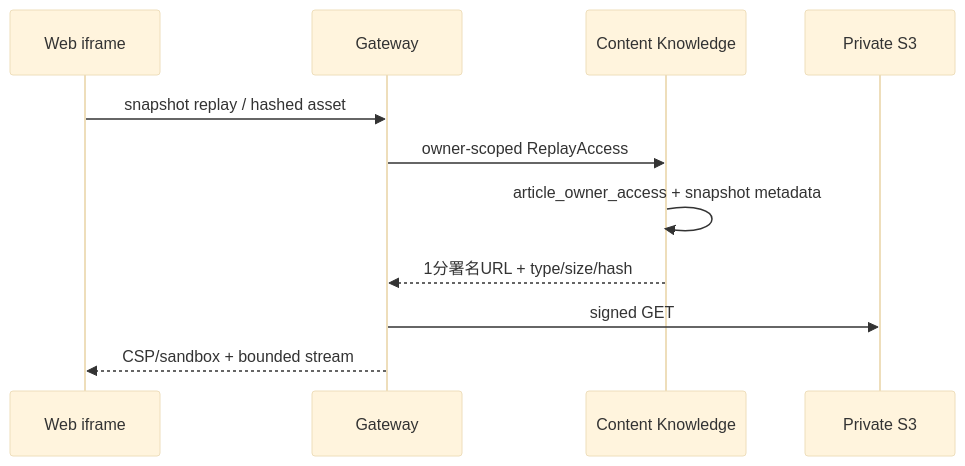
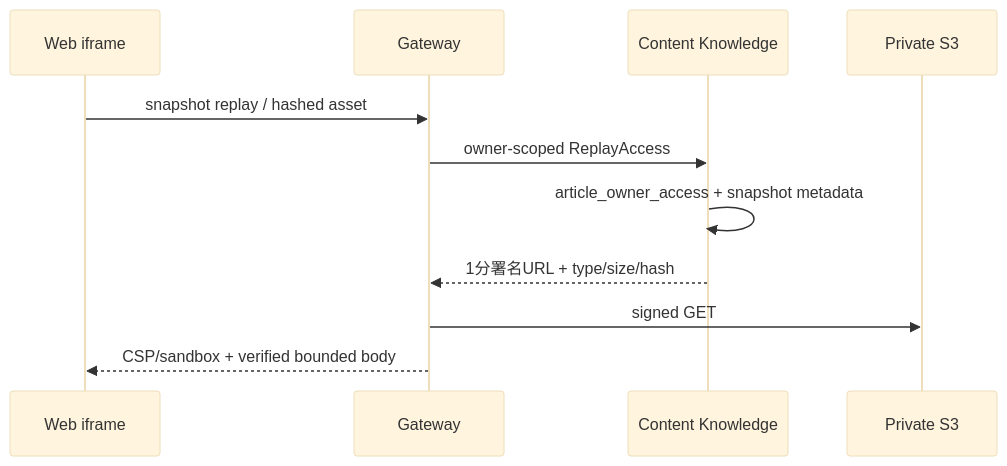
One commit to r4ai/news-podcast changed diagram 11 of 15 in docs/architecture.md. Above: the diagram before and after it, drawn with Mermaid (base theme). The commit also changed other lines of this file and 6 other files, not shown here.

````diff
--- a/docs/architecture.md
+++ b/docs/architecture.md
@@ -293,13 +293,13 @@
 ```mermaid
 sequenceDiagram
   participant W as Web iframe
   participant G as Gateway
   participant C as Content Knowledge
   participant S as Private S3
   W->>G: snapshot replay / hashed asset
   G->>C: owner-scoped ReplayAccess
   C->>C: article_owner_access + snapshot metadata
   C-->>G: 1分署名URL + type/size/hash
   G->>S: signed GET
-  G-->>W: CSP/sandbox + bounded stream
+  G-->>W: CSP/sandbox + verified bounded body
 ```
````
